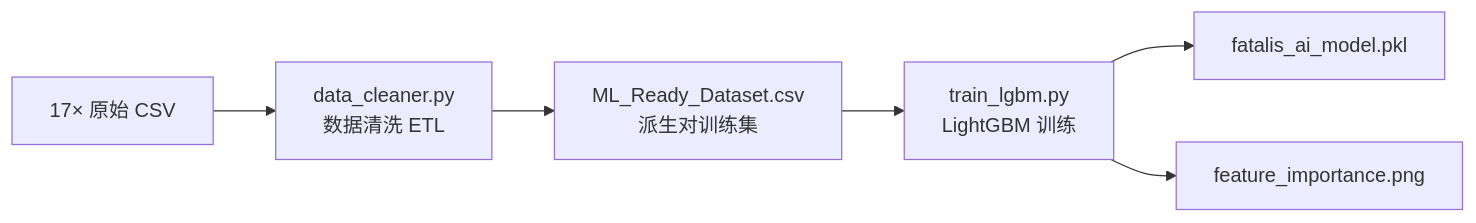
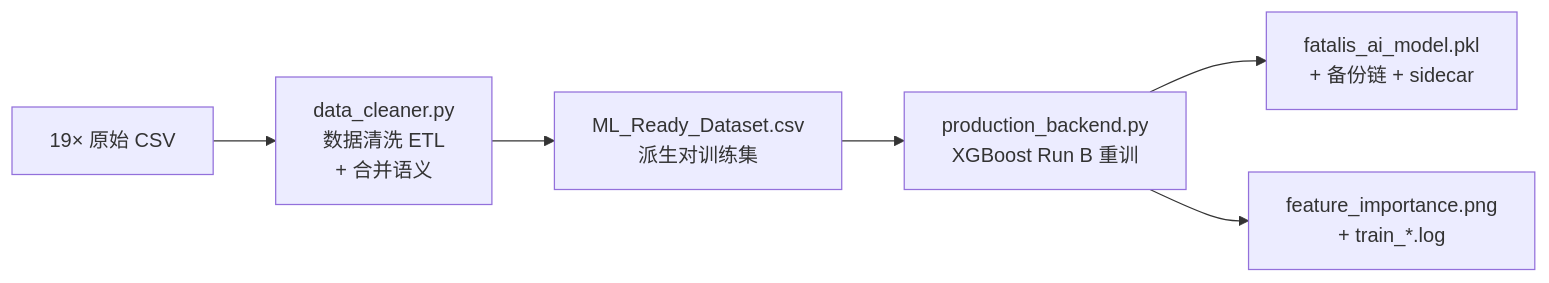
Before and after one commit to DeltMchey/Fatalis_Prediction: the diagram in obsidian/AI_Model/Training_Pipeline.md, drawn with Mermaid. The commit also changed other lines of this file and 5 other files, not shown here.

Commit message:
docs(vault): align AI_Model pages with v1.2.0 XGBoost production model

````diff
--- a/obsidian/AI_Model/Training_Pipeline.md
+++ b/obsidian/AI_Model/Training_Pipeline.md
@@ -18,8 +19,8 @@
 ```mermaid
 graph LR
-    A[17× 原始 CSV] --> B[data_cleaner.py<br/>数据清洗 ETL]
+    A[19× 原始 CSV] --> B[data_cleaner.py<br/>数据清洗 ETL<br/>+ 合并语义]
     B --> C[ML_Ready_Dataset.csv<br/>派生对训练集]
-    C --> D[train_lgbm.py<br/>LightGBM 训练]
-    D --> E[fatalis_ai_model.pkl]
-    D --> F[feature_importance.png]
+    C --> D[production_backend.py<br/>XGBoost Run B 重训]
+    D --> E[fatalis_ai_model.pkl<br/>+ 备份链 + sidecar]
+    D --> F[feature_importance.png<br/>+ train_*.log]
 ```
````
